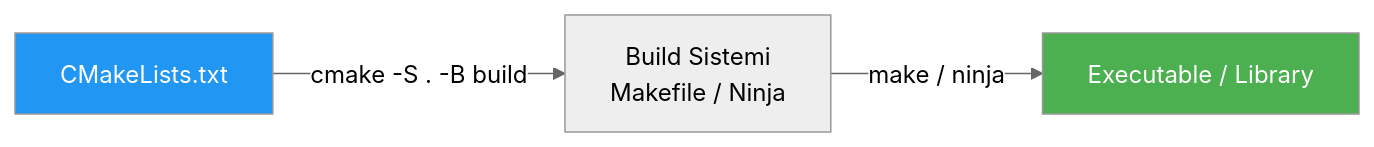
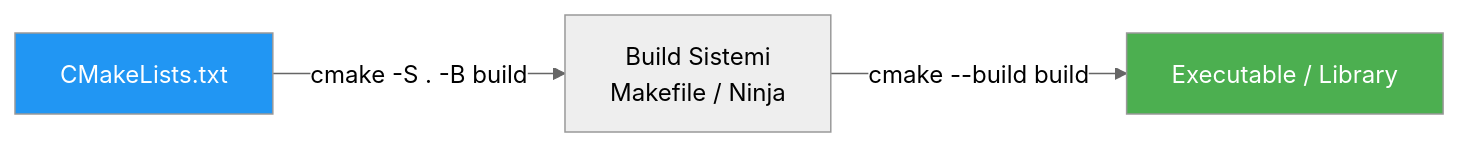
Before and after one commit to serkanMzlm/EngineeringHub: the second of 5 diagrams in tech_notebook/docs/md/programming/compiler.md, drawn with Mermaid (neutral theme). The commit also changed other lines of this file and 1 other file, not shown here.

````diff
--- a/tech_notebook/docs/md/programming/compiler.md
+++ b/tech_notebook/docs/md/programming/compiler.md
@@ -230,8 +283,8 @@
 ```mermaid
 graph LR
     A["CMakeLists.txt"] -->|"cmake -S . -B build"| B["Build Sistemi\nMakefile / Ninja"]
-    B -->|"make / ninja"| C["Executable / Library"]
+    B -->|"cmake --build build"| C["Executable / Library"]
 
     style A fill:#2196F3,color:#fff
     style C fill:#4CAF50,color:#fff
 ```
````
